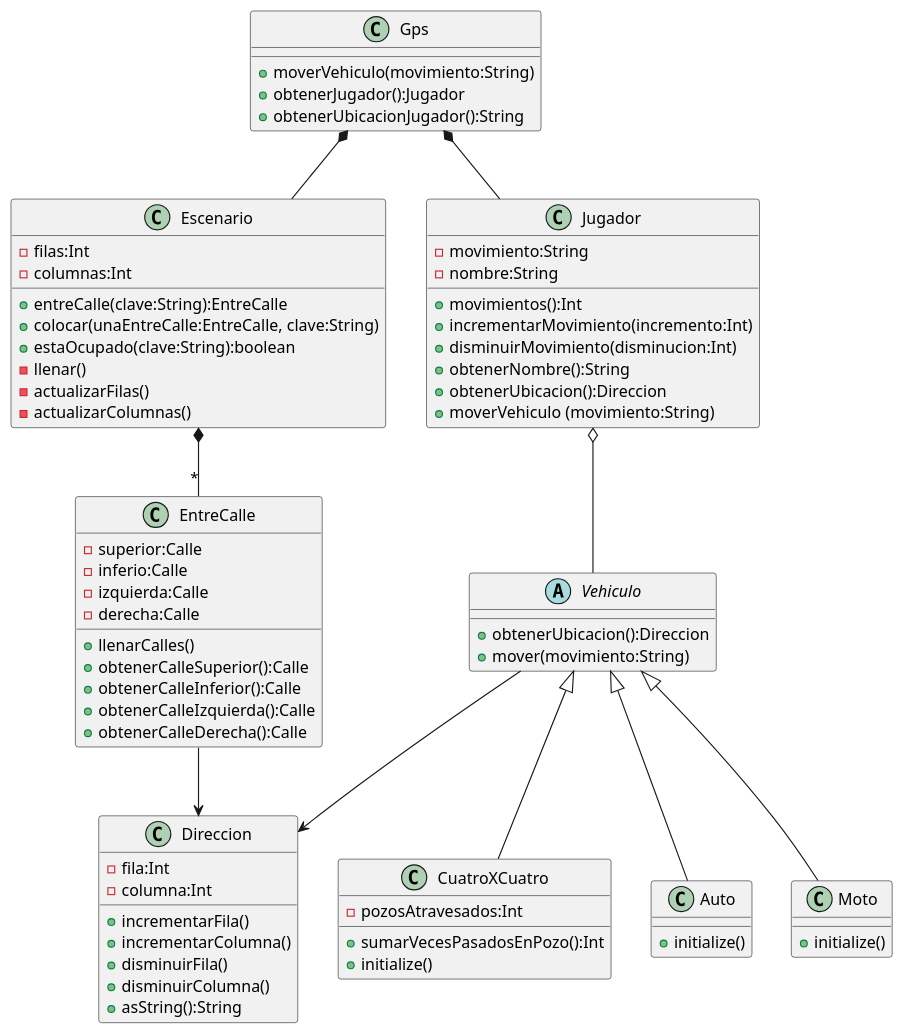
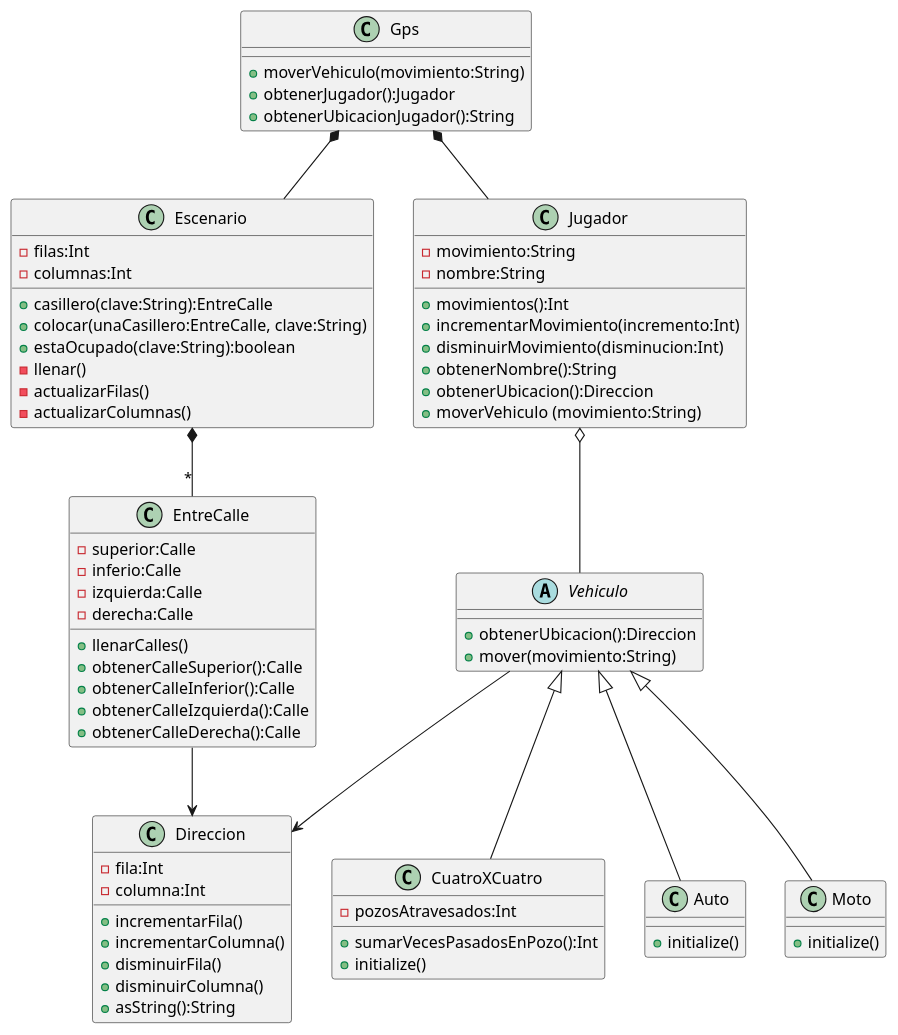
The diagram in diagrams/classes/Entrega 1/diagramaClases1.puml (JorgeSedek/algo3_tp2), drawn with PlantUML before and after one commit. The commit also changed 11 other files, not shown here.

Commit message:
se cambiar los nombres de Gps y EntreCalle

```diff
--- a/diagrams/classes/Entrega 1/diagramaClases1.puml
+++ b/diagrams/classes/Entrega 1/diagramaClases1.puml
@@ -1,80 +1,80 @@
 @startuml
 class EntreCalle{
 
 -superior:Calle
 -inferio:Calle
 -izquierda:Calle
 -derecha:Calle
 +llenarCalles()
 +obtenerCalleSuperior():Calle
 +obtenerCalleInferior():Calle
 +obtenerCalleIzquierda():Calle
 +obtenerCalleDerecha():Calle
 
 }
 class Escenario{
 -filas:Int
 -columnas:Int
-+entreCalle(clave:String):EntreCalle
-+colocar(unaEntreCalle:EntreCalle, clave:String)
++casillero(clave:String):EntreCalle
++colocar(unaCasillero:EntreCalle, clave:String)
 +estaOcupado(clave:String):boolean
 -llenar()
 -actualizarFilas()
 -actualizarColumnas()
 }
 
 class Gps{
 +moverVehiculo(movimiento:String)
 +obtenerJugador():Jugador
 +obtenerUbicacionJugador():String
 }
 
 abstract Vehiculo{
 +obtenerUbicacion():Direccion
 +mover(movimiento:String)
 }
 
 class CuatroXCuatro{
 -pozosAtravesados:Int
 +sumarVecesPasadosEnPozo():Int
 +initialize()
 }
 
 class Direccion{
 -fila:Int
 -columna:Int
 +incrementarFila()
 +incrementarColumna()
 +disminuirFila()
 +disminuirColumna()
 +asString():String
 }
 
 class Auto{
 +initialize()
 }
 
 class Moto{
 +initialize()
 }
 
 class Jugador{
 -movimiento:String
 -nombre:String
 +movimientos():Int
 +incrementarMovimiento(incremento:Int)
 +disminuirMovimiento(disminucion:Int)
 +obtenerNombre():String
 +obtenerUbicacion():Direccion
 +moverVehiculo (movimiento:String)
 }
 Gps *--Escenario
 Gps *--Jugador
 Jugador o-- Vehiculo
 Vehiculo <|-- Auto
 Vehiculo <|-- Moto
 Vehiculo <|-- CuatroXCuatro
 Escenario *--"*" EntreCalle
 EntreCalle --> Direccion
 Vehiculo --> Direccion
 @enduml
```
